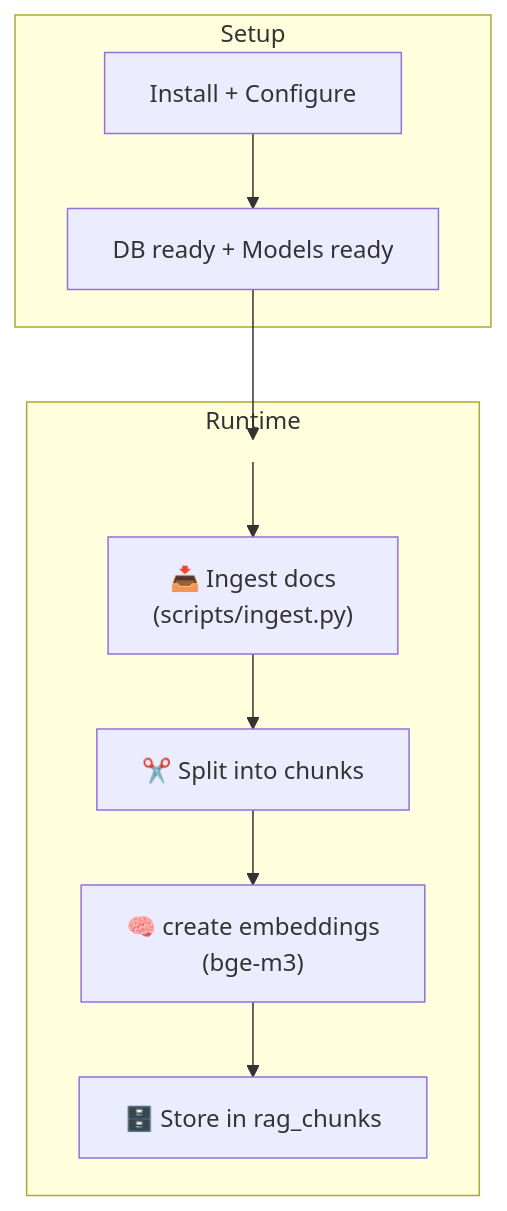
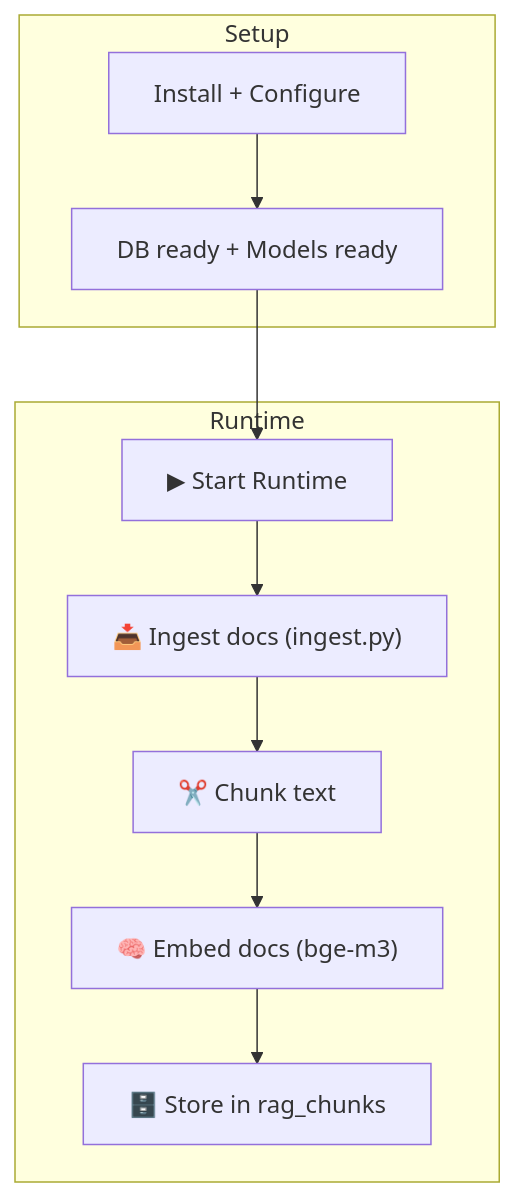
The first of 3 diagrams in docs/PROCESS_VISUALIZATION_TRIAL.md (LauraAva/rag-ollama-set-up), drawn with Mermaid before and after one commit.

````diff
--- a/docs/PROCESS_VISUALIZATION_TRIAL.md
+++ b/docs/PROCESS_VISUALIZATION_TRIAL.md
@@ -10,20 +10,16 @@
 ```mermaid
 flowchart TD
 
   subgraph Setup["Setup<br/>"]
     S1["Install + Configure"] --> S2["DB ready + Models ready"]
   end  
 
-  subgraph Runtime["Runtime<br/>"]
-    ENTRY(( )):::hidden
-    ENTRY --> Ingest["📥 Ingest docs<br/>(scripts/ingest.py)"]
-    Ingest--> Chunk["✂️ Split into chunks"]
-    Chunk --> EmbedDocs["🧠 create embeddings<br/>(bge-m3)"]
+  S2 --> R0["▶ Start Runtime"]
+  subgraph Runtime["Runtime"]
+    R0 --> Ingest["📥 Ingest docs (ingest.py)"]
+    Ingest --> Chunk["✂️ Chunk text"]
+    Chunk --> EmbedDocs["🧠 Embed docs (bge-m3)"]
     EmbedDocs --> Store["🗄️ Store in rag_chunks"]
   end
 
-
-  S2 --> ENTRY
-  classDef hidden fill:transparent,stroke:transparent,color:transparent;
-
 ```
````
